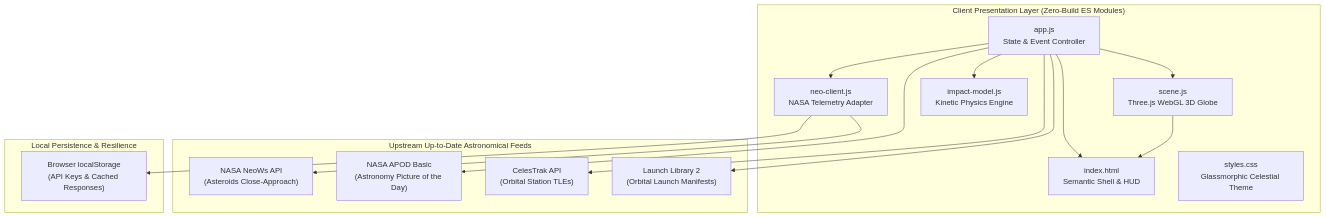
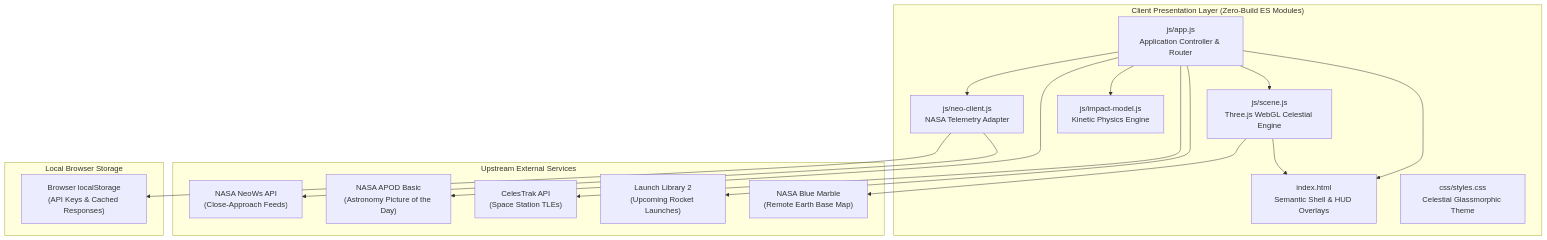
Before and after one commit to kausikhussain/Ecliptara-Observatory: the diagram in README.md, drawn with Mermaid. The commit also changed other lines of this file and 10 other files, not shown here.

````diff
--- a/README.md
+++ b/README.md
@@ -126,33 +125,35 @@
 ```mermaid
 flowchart TD
     subgraph UI ["Client Presentation Layer (Zero-Build ES Modules)"]
-        HTML["index.html\nSemantic Shell & HUD"]
-        CSS["styles.css\nGlassmorphic Celestial Theme"]
-        APP["app.js\nState & Event Controller"]
-        SCENE["scene.js\nThree.js WebGL 3D Globe"]
-        NEO["neo-client.js\nNASA Telemetry Adapter"]
-        IMPACT["impact-model.js\nKinetic Physics Engine"]
+        HTML["index.html\nSemantic Shell & HUD Overlays"]
+        CSS["css/styles.css\nCelestial Glassmorphic Theme"]
+        APP["js/app.js\nApplication Controller & Router"]
+        SCENE["js/scene.js\nThree.js WebGL Celestial Engine"]
+        NEO["js/neo-client.js\nNASA Telemetry Adapter"]
+        IMPACT["js/impact-model.js\nKinetic Physics Engine"]
     end
 
-    subgraph APIS ["Upstream Up-to-Date Astronomical Feeds"]
-        NASA_NEO["NASA NeoWs API\n(Asteroids Close-Approach)"]
+    subgraph APIS ["Upstream External Services"]
+        NASA_NEO["NASA NeoWs API\n(Close-Approach Feeds)"]
         NASA_APOD["NASA APOD Basic\n(Astronomy Picture of the Day)"]
-        CELESTRAK["CelesTrak API\n(Orbital Station TLEs)"]
-        LL2["Launch Library 2\n(Orbital Launch Manifests)"]
+        CELESTRAK["CelesTrak API\n(Space Station TLEs)"]
+        LL2["Launch Library 2\n(Upcoming Rocket Launches)"]
+        TEXTURE["NASA Blue Marble\n(Remote Earth Base Map)"]
     end
 
-    subgraph STORAGE ["Local Persistence & Resilience"]
+    subgraph STORAGE ["Local Browser Storage"]
         CACHE["Browser localStorage\n(API Keys & Cached Responses)"]
     end
 
     APP --> NEO
     APP --> SCENE
     APP --> IMPACT
     NEO --> NASA_NEO
     NEO --> CACHE
     APP --> NASA_APOD
     APP --> CELESTRAK
     APP --> LL2
+    SCENE --> TEXTURE
     SCENE --> HTML
     APP --> HTML
 ```
````
